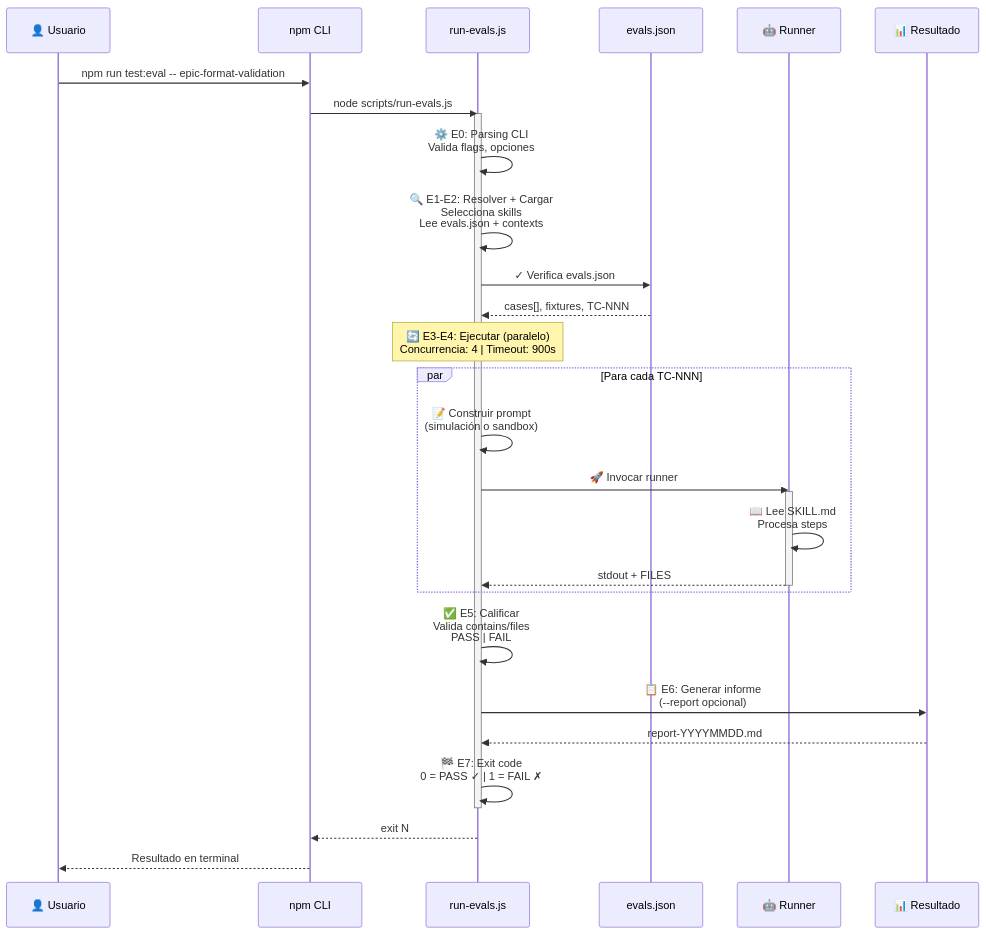
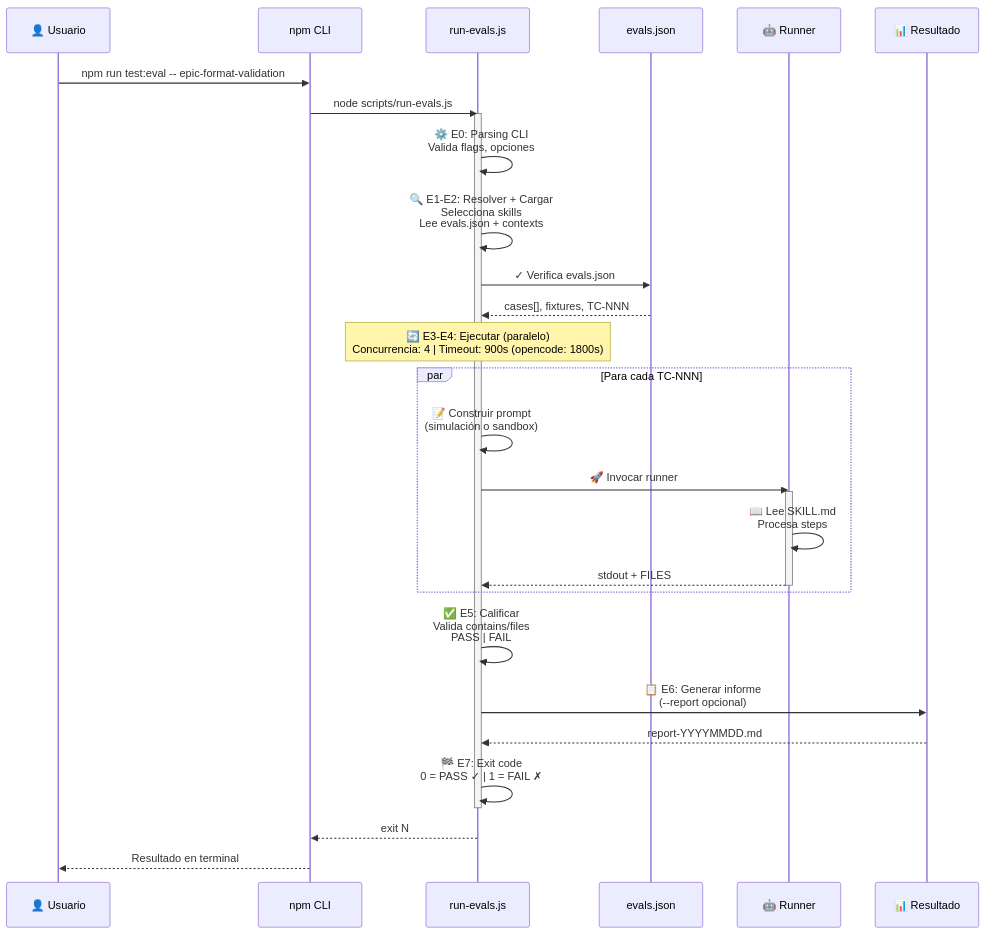
One commit to dariopalminio/agile-sddf changed the diagram in docs/architecture/npm-run-test-eval-system.md. Above: the diagram before and after it, drawn with Mermaid. The commit also changed other lines of this file and 3 other files, not shown here.

````diff
--- a/docs/architecture/npm-run-test-eval-system.md
+++ b/docs/architecture/npm-run-test-eval-system.md
@@ -16,42 +16,42 @@
 ```mermaid
 sequenceDiagram
     participant User as 👤 Usuario
     participant CLI as npm CLI
     participant RunEvals as run-evals.js
     participant Manifest as evals.json
     participant Runner as 🤖 Runner
     participant Report as 📊 Resultado
 
     User->>CLI: npm run test:eval -- epic-format-validation
     CLI->>RunEvals: node scripts/run-evals.js
     
     activate RunEvals
     RunEvals->>RunEvals: ⚙️ E0: Parsing CLI<br/>Valida flags, opciones
     
     RunEvals->>RunEvals: 🔍 E1-E2: Resolver + Cargar<br/>Selecciona skills<br/>Lee evals.json + contexts
     
     RunEvals->>Manifest: ✓ Verifica evals.json
     Manifest-->>RunEvals: cases[], fixtures, TC-NNN
     
-    Note over RunEvals: 🔄 E3-E4: Ejecutar (paralelo)<br/>Concurrencia: 4 | Timeout: 900s
+    Note over RunEvals: 🔄 E3-E4: Ejecutar (paralelo)<br/>Concurrencia: 4 | Timeout: 900s (opencode: 1800s)
     
     par Para cada TC-NNN
         RunEvals->>RunEvals: 📝 Construir prompt<br/>(simulación o sandbox)
         RunEvals->>Runner: 🚀 Invocar runner
         activate Runner
             Runner->>Runner: 📖 Lee SKILL.md<br/>Procesa steps
             Runner-->>RunEvals: stdout + FILES
         deactivate Runner
     end
     
     RunEvals->>RunEvals: ✅ E5: Calificar<br/>Valida contains/files<br/>PASS | FAIL
     
     RunEvals->>Report: 📋 E6: Generar informe<br/>(--report opcional)
     Report-->>RunEvals: report-YYYYMMDD.md
     
     RunEvals->>RunEvals: 🏁 E7: Exit code<br/>0 = PASS ✓ | 1 = FAIL ✗
     
     deactivate RunEvals
     RunEvals-->>CLI: exit N
     CLI-->>User: Resultado en terminal
 ```
````
